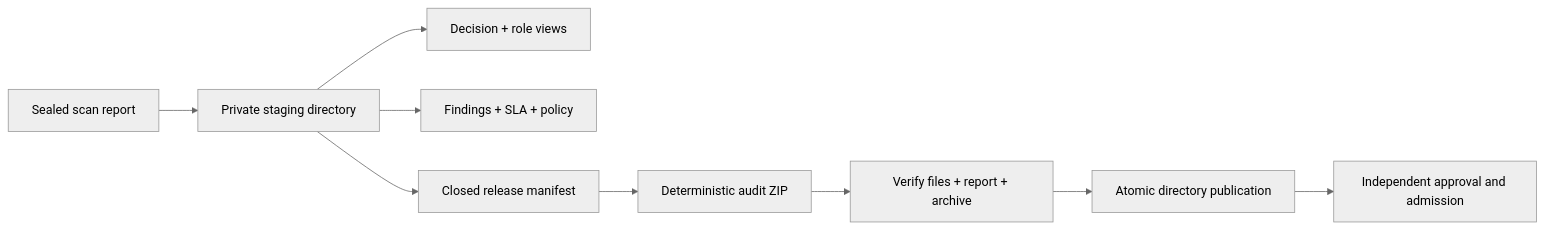
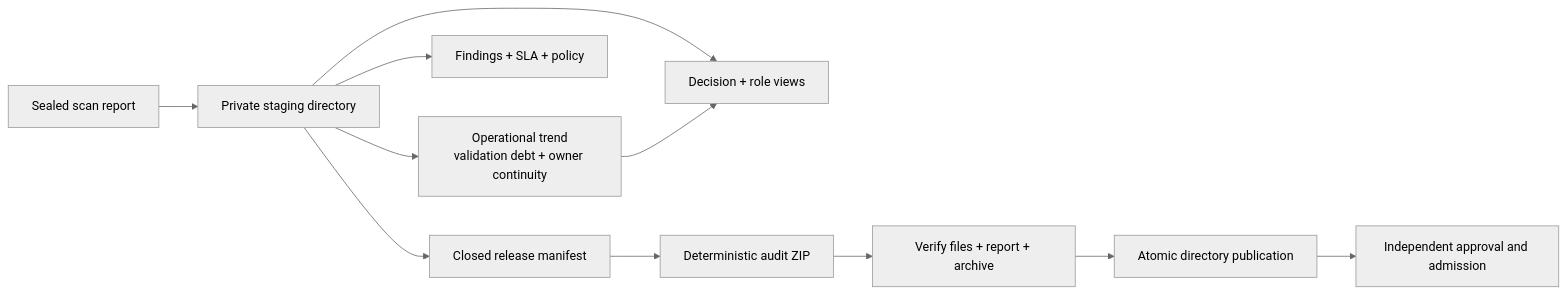
The fifth of 5 diagrams in docs/operations.md (willtran87/project-py-security-suite), drawn with Mermaid (neutral theme) before and after one commit. The commit also changed other lines of this file and 27 other files, not shown here.

````diff
--- a/docs/operations.md
+++ b/docs/operations.md
@@ -902,11 +906,13 @@
 ```mermaid
 flowchart LR
     Report["Sealed scan report"] --> Stage["Private staging directory"]
     Stage --> Views["Decision + role views"]
+    Stage --> Trend["Operational trend<br/>validation debt + owner continuity"]
+    Trend --> Views
     Stage --> Lifecycle["Findings + SLA + policy"]
     Stage --> Closure["Closed release manifest"]
     Closure --> Audit["Deterministic audit ZIP"]
     Audit --> Verify["Verify files + report + archive"]
     Verify --> Publish["Atomic directory publication"]
     Publish --> External["Independent approval and admission"]
 ```
````
